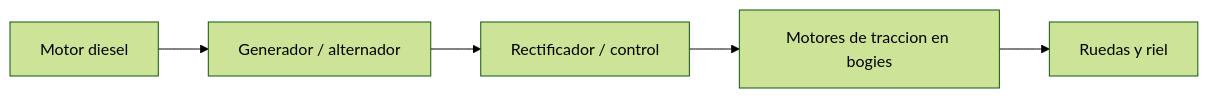
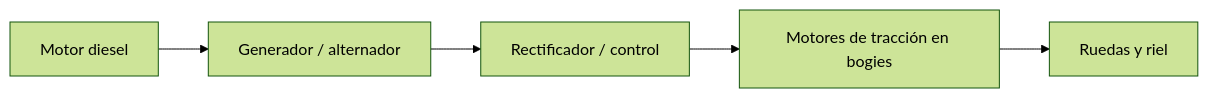
Before and after one commit to vladimiracunadev-create/machine-operator-program: the second of 4 diagrams in vehiculos/tren-carga/operacion/sistemas-mecanicos-tren-carga.md, drawn with Mermaid (forest theme). The commit also changed other lines of this file and 442 other files, not shown here.

````diff
--- a/vehiculos/tren-carga/operacion/sistemas-mecanicos-tren-carga.md
+++ b/vehiculos/tren-carga/operacion/sistemas-mecanicos-tren-carga.md
@@ -40,7 +40,7 @@
 ```mermaid
 flowchart LR
     A[Motor diesel] --> B[Generador / alternador]
     B --> C[Rectificador / control]
-    C --> D[Motores de traccion en bogies]
+    C --> D[Motores de tracción en bogies]
     D --> E[Ruedas y riel]
 ```
````
